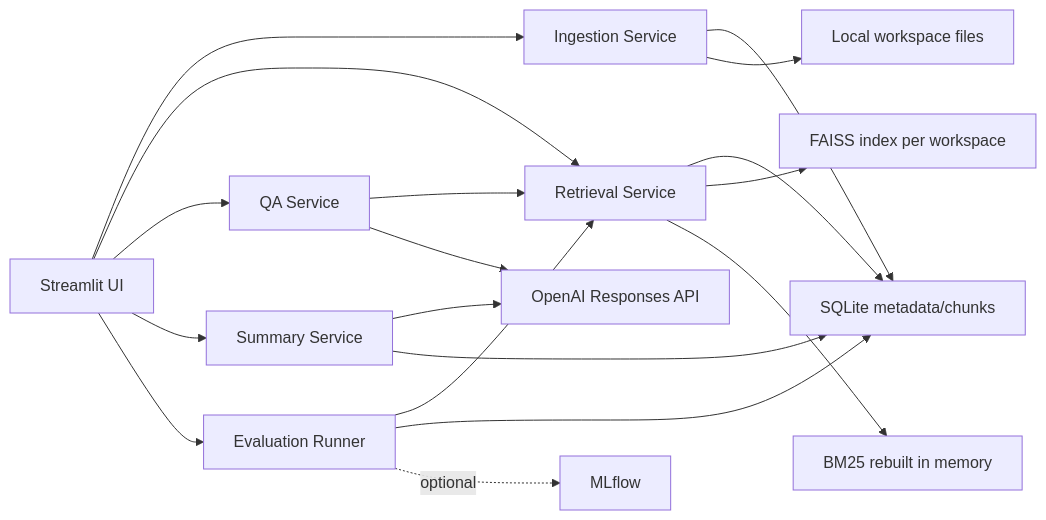
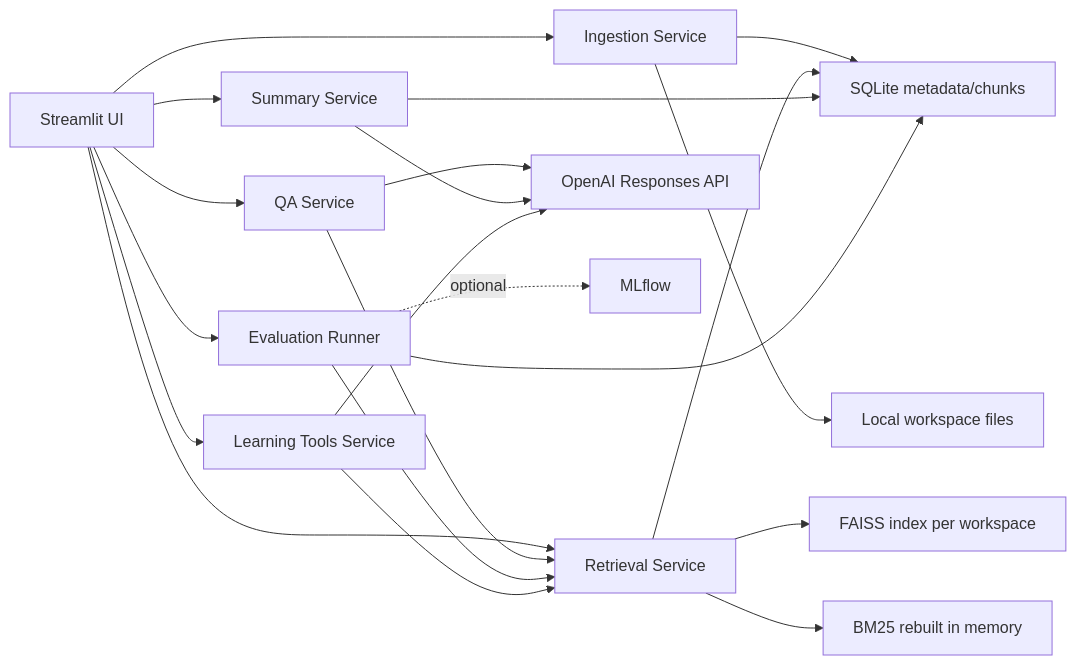
One commit to antongduy2307/Mini-NotebookLM changed the diagram in README.md. Above: the diagram before and after it, drawn with Mermaid. The commit also changed other lines of this file and 17 other files, not shown here.

````diff
--- a/README.md
+++ b/README.md
@@ -47,20 +49,23 @@
 ```mermaid
 flowchart LR
   UI["Streamlit UI"] --> Ingestion["Ingestion Service"]
   UI --> Retrieval["Retrieval Service"]
   UI --> QA["QA Service"]
   UI --> Summary["Summary Service"]
   UI --> Eval["Evaluation Runner"]
+  UI --> Learning["Learning Tools Service"]
   Ingestion --> SQLite["SQLite metadata/chunks"]
   Ingestion --> Files["Local workspace files"]
   Retrieval --> SQLite
   Retrieval --> FAISS["FAISS index per workspace"]
   Retrieval --> BM25["BM25 rebuilt in memory"]
   QA --> Retrieval
   QA --> OpenAI["OpenAI Responses API"]
   Summary --> OpenAI
   Summary --> SQLite
   Eval --> Retrieval
   Eval --> SQLite
+  Learning --> Retrieval
+  Learning --> OpenAI
   Eval -. optional .-> MLflow["MLflow"]
 ```
````
